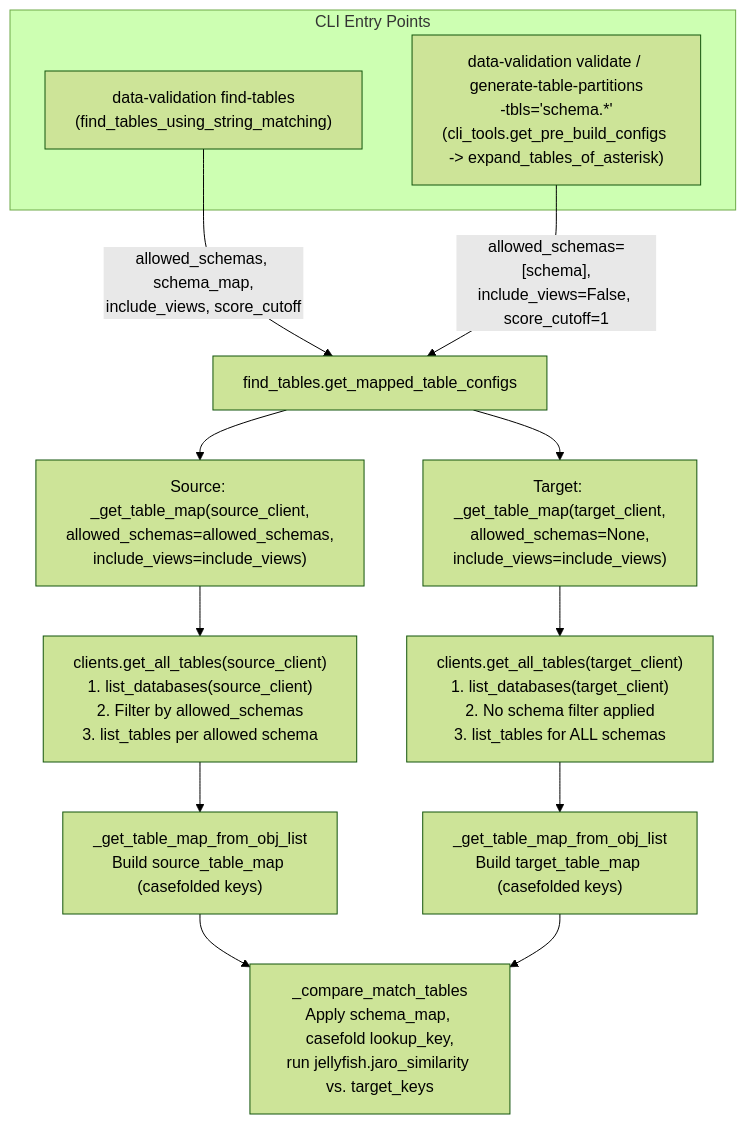
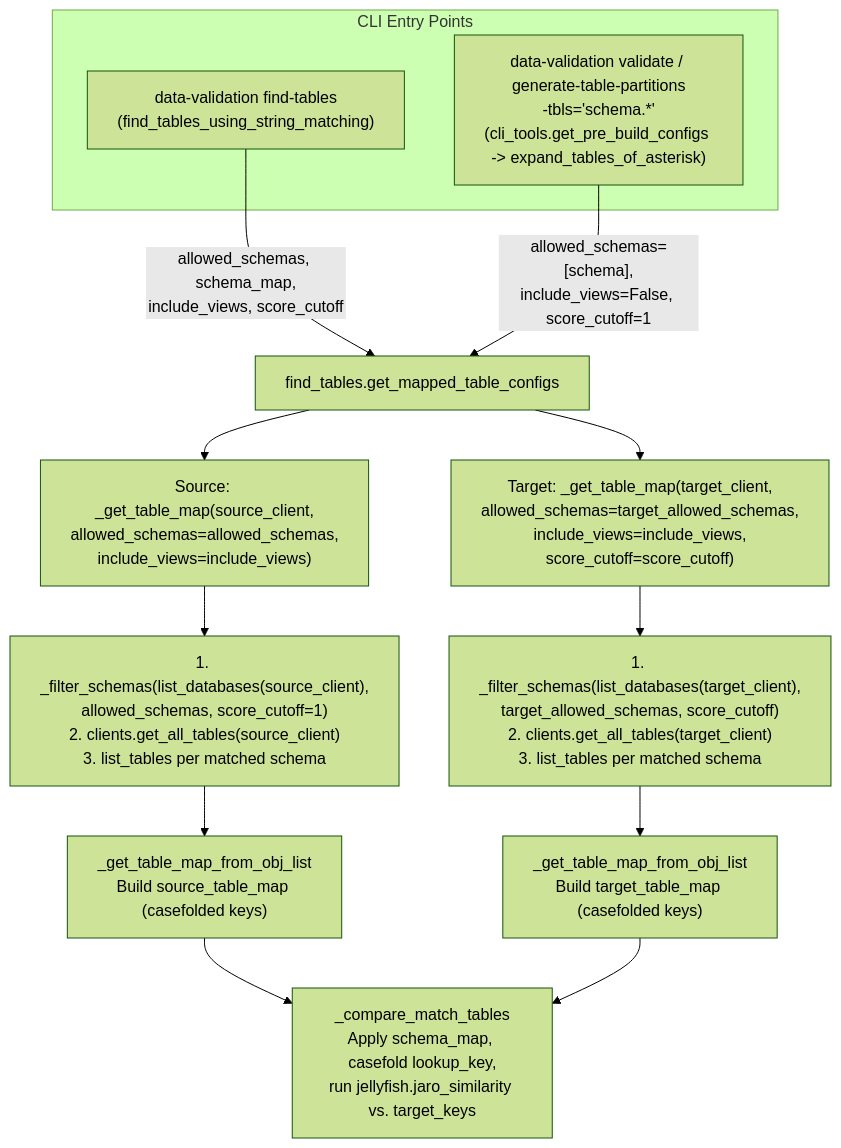
One commit to GoogleCloudPlatform/professional-services-data-validator changed the diagram in docs/internal/design_docs/find_tables.md. Above: the diagram before and after it, drawn with Mermaid (forest theme). The commit also changed other lines of this file and 3 other files, not shown here.

Commit message:
perf: When using find-tables apply allowed_schemas to the target Client too

````diff
--- a/docs/internal/design_docs/find_tables.md
+++ b/docs/internal/design_docs/find_tables.md
@@ -30,22 +30,22 @@
 ```mermaid
 flowchart TD
     subgraph CLI ["CLI Entry Points"]
         A1["data-validation find-tables<br/>(find_tables_using_string_matching)"]
         A2["data-validation validate / generate-table-partitions<br/>-tbls='schema.*'<br/>(cli_tools.get_pre_build_configs -> expand_tables_of_asterisk)"]
     end
 
     A1 -->|"allowed_schemas, schema_map,<br/>include_views, score_cutoff"| B["find_tables.get_mapped_table_configs"]
     A2 -->|"allowed_schemas=[schema],<br/>include_views=False, score_cutoff=1"| B
 
     B --> C1["Source: _get_table_map(source_client,<br/>allowed_schemas=allowed_schemas,<br/>include_views=include_views)"]
-    B --> C2["Target: _get_table_map(target_client,<br/>allowed_schemas=None,<br/>include_views=include_views)"]
+    B --> C2["Target: _get_table_map(target_client,<br/>allowed_schemas=target_allowed_schemas,<br/>include_views=include_views,<br/>score_cutoff=score_cutoff)"]
 
-    C1 --> D1["clients.get_all_tables(source_client)<br/>1. list_databases(source_client)<br/>2. Filter by allowed_schemas<br/>3. list_tables per allowed schema"]
-    C2 --> D2["clients.get_all_tables(target_client)<br/>1. list_databases(target_client)<br/>2. No schema filter applied<br/>3. list_tables for ALL schemas"]
+    C1 --> D1["1. _filter_schemas(list_databases(source_client),<br/>allowed_schemas, score_cutoff=1)<br/>2. clients.get_all_tables(source_client)<br/>3. list_tables per matched schema"]
+    C2 --> D2["1. _filter_schemas(list_databases(target_client),<br/>target_allowed_schemas, score_cutoff)<br/>2. clients.get_all_tables(target_client)<br/>3. list_tables per matched schema"]
 
     D1 --> E1["_get_table_map_from_obj_list<br/>Build source_table_map (casefolded keys)"]
     D2 --> E2["_get_table_map_from_obj_list<br/>Build target_table_map (casefolded keys)"]
 
     E1 --> F["_compare_match_tables<br/>Apply schema_map, casefold lookup_key,<br/>run jellyfish.jaro_similarity vs. target_keys"]
     E2 --> F
 ```
````
